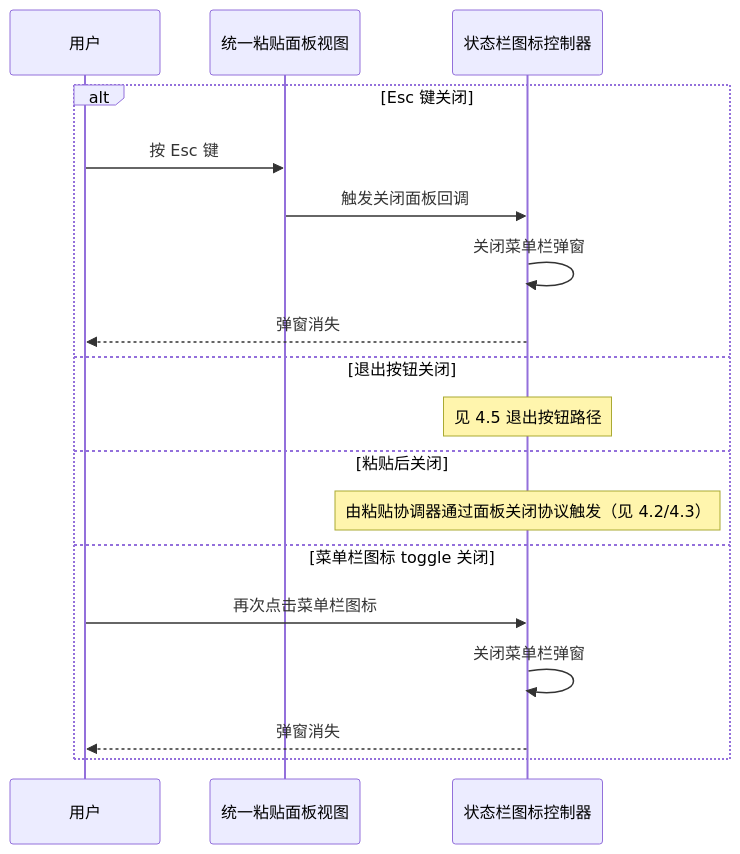
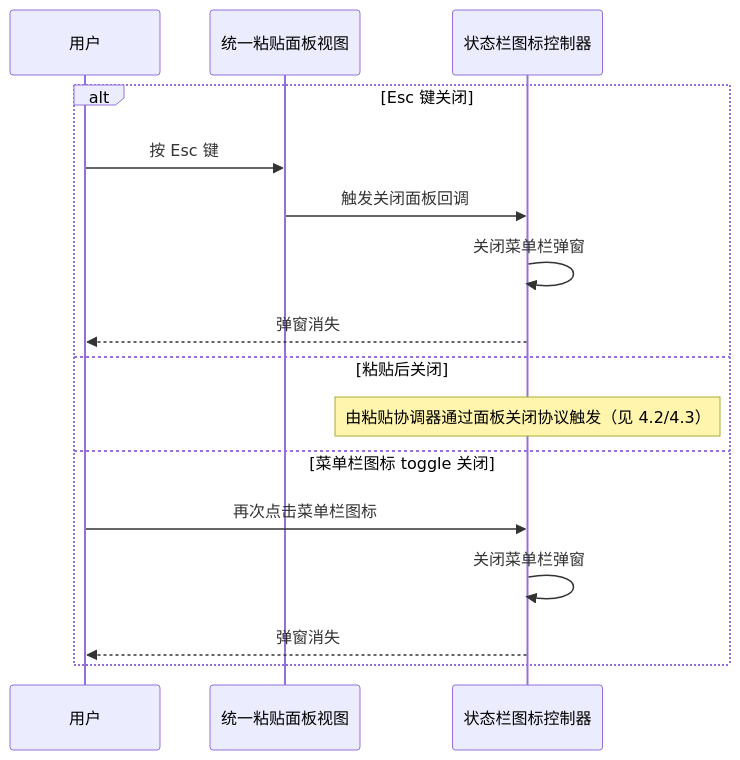
One commit to marcocpt/ClipMind changed the seventh of 11 diagrams in docs/planning/P0/F1/F1.11_菜单栏弹窗双击粘贴_设计文档.md. Above: the diagram before and after it, drawn with Mermaid. The commit also changed other lines of this file and 2 other files, not shown here.

````diff
--- a/docs/planning/P0/F1/F1.11_菜单栏弹窗双击粘贴_设计文档.md
+++ b/docs/planning/P0/F1/F1.11_菜单栏弹窗双击粘贴_设计文档.md
@@ -419,21 +421,19 @@
 ```mermaid
 sequenceDiagram
     participant User as 用户
     participant View as 统一粘贴面板视图
     participant Status as 状态栏图标控制器
 
     alt Esc 键关闭
         User->>View: 按 Esc 键
         View->>Status: 触发关闭面板回调
         Status->>Status: 关闭菜单栏弹窗
         Status-->>User: 弹窗消失
-    else 退出按钮关闭
-        Note over Status: 见 4.5 退出按钮路径
     else 粘贴后关闭
         Note over Status: 由粘贴协调器通过面板关闭协议触发（见 4.2/4.3）
     else 菜单栏图标 toggle 关闭
         User->>Status: 再次点击菜单栏图标
         Status->>Status: 关闭菜单栏弹窗
         Status-->>User: 弹窗消失
     end
 ```
````
